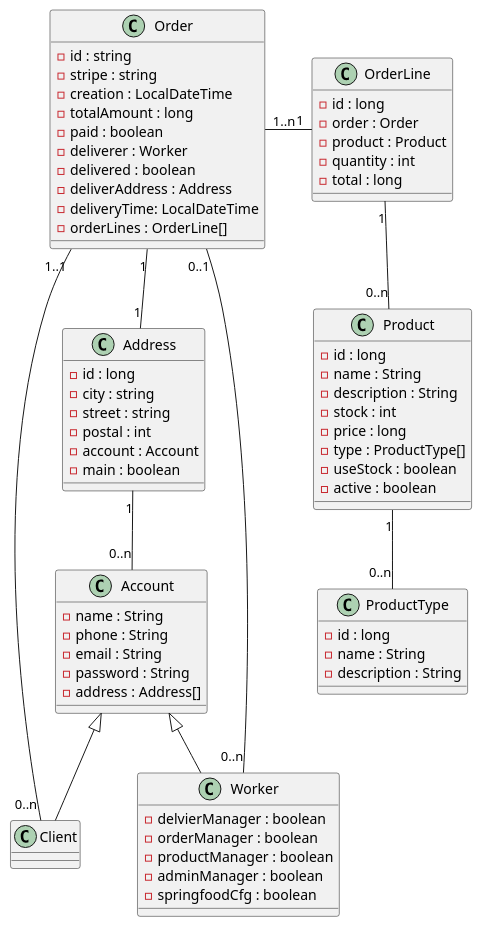
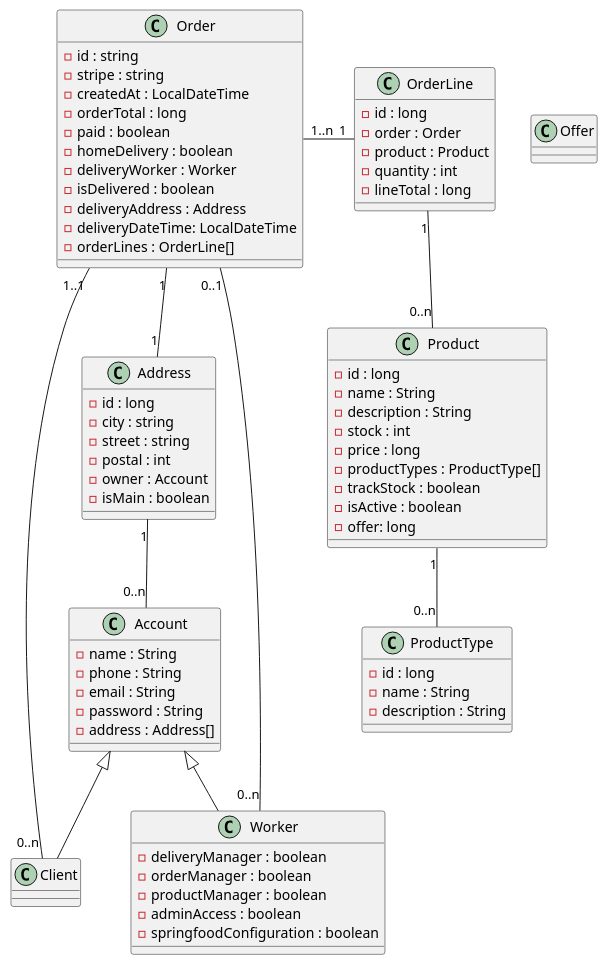
The diagram in documents/class-diagram.wsd (xaviqo/SpringFood3), drawn with PlantUML before and after one commit. The commit also changed 25367 other files, not shown here.

Commit message:
added entity offer to diagram

```diff
--- a/documents/class-diagram.wsd
+++ b/documents/class-diagram.wsd
@@ -1,78 +1,84 @@
 @startuml SpringFood
 
 Address "1" -- "0..n" Account
 Address "1" -u- "1" Order
 Client "0..n" -- "1..1" Order
 Worker "0..n" --- "0..1" Order
 Order "1..n" -r- "1" OrderLine 
 OrderLine "1" -- "0..n" Product
 Product "1" -d- "0..n" ProductType
 
 Class Address {
     - id : long
     - city : string
     - street : string
     - postal : int
-    - account : Account
-    - main : boolean
+    - owner : Account
+    - isMain : boolean
 }
 
 Class Account {
     - name : String
     - phone : String
     - email : String
     - password : String
     - address : Address[]
 }
 
 Class Worker extends Account{
-    - delvierManager : boolean
+    - deliveryManager : boolean
     - orderManager : boolean
     - productManager : boolean
-    - adminManager : boolean
-    - springfoodCfg : boolean
+    - adminAccess : boolean
+    - springfoodConfiguration : boolean
 }
 
 Class Client extends Account{
 
 }
 
 Class Order {
     - id : string
     - stripe : string
-    - creation : LocalDateTime
-    - totalAmount : long
+    - createdAt : LocalDateTime
+    - orderTotal : long
     - paid : boolean
-    - deliverer : Worker
-    - delivered : boolean
-    - deliverAddress : Address
-    - deliveryTime: LocalDateTime
+    - homeDelivery : boolean
+    - deliveryWorker : Worker
+    - isDelivered : boolean
+    - deliveryAddress : Address
+    - deliveryDateTime: LocalDateTime
     - orderLines : OrderLine[]
 }
 
 Class OrderLine {
     - id : long
     - order : Order
     - product : Product
     - quantity : int
-    - total : long
+    - lineTotal : long
 }
 
 Class Product {
     - id : long
     - name : String
     - description : String
     - stock : int
     - price : long
-    - type : ProductType[]
-    - useStock : boolean
-    - active : boolean
+    - productTypes : ProductType[]
+    - trackStock : boolean
+    - isActive : boolean
+    - offer: long
+}
+
+Class Offer {
+    
 }
 
 Class ProductType {
     - id : long
     - name : String
     - description : String
 }
 
 @enduml
```
